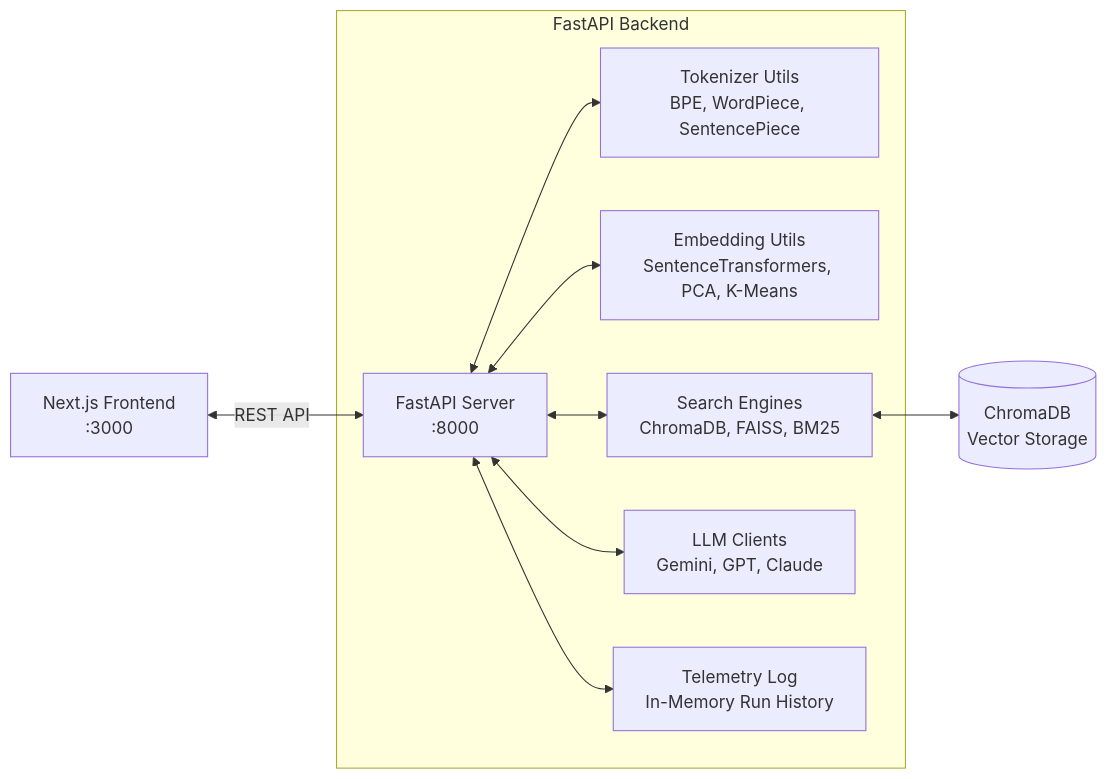
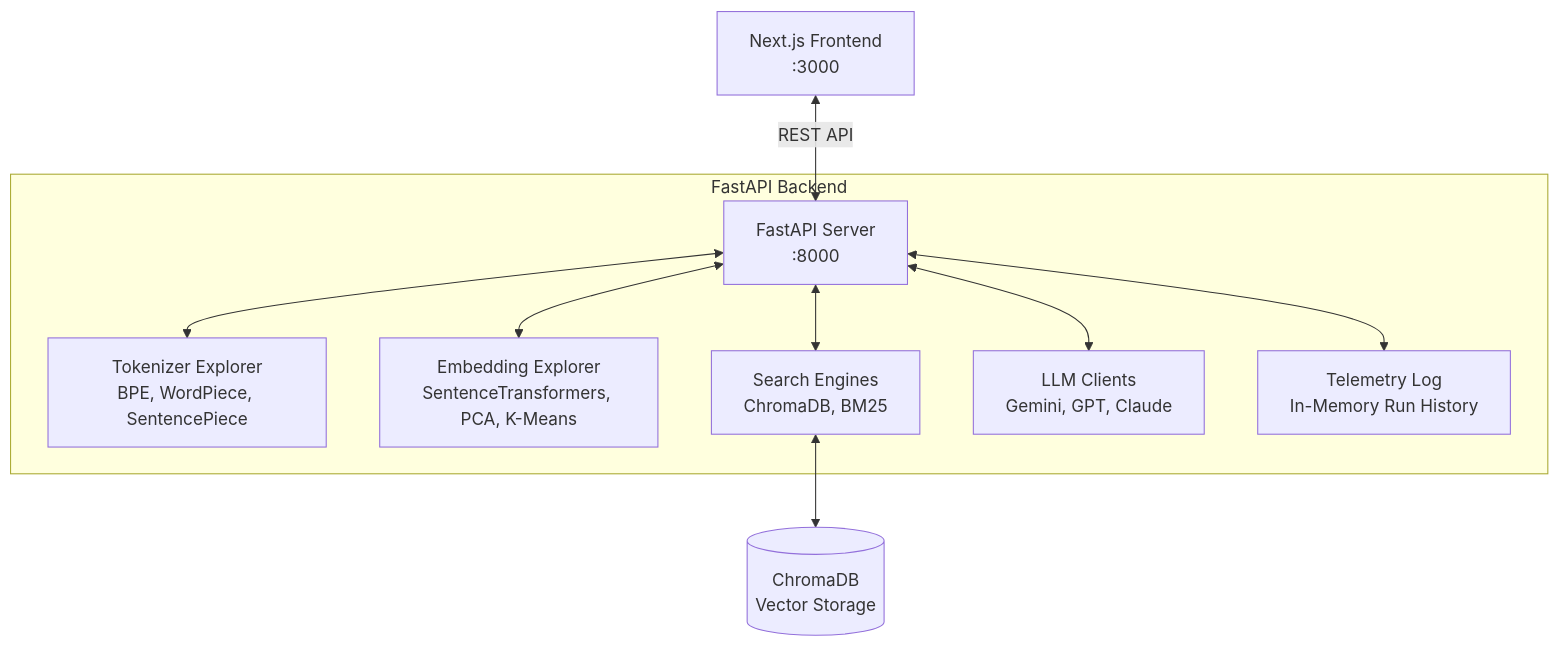
One commit to Aryan140314/LLM-Playground-Studio changed the diagram in README.md. Above: the diagram before and after it, drawn with Mermaid. The commit also changed other lines of this file and 20 other files, not shown here.

````diff
--- a/README.md
+++ b/README.md
@@ -9,14 +15,14 @@
 ```mermaid
-graph LR
+graph TD
     NextJS[Next.js Frontend\n:3000] <-->|REST API| FastAPI[FastAPI Server\n:8000]
     
     subgraph FastAPI Backend
-        FastAPI <--> Tokenizer[Tokenizer Utils\nBPE, WordPiece, SentencePiece]
-        FastAPI <--> Embeddings[Embedding Utils\nSentenceTransformers, PCA, K-Means]
-        FastAPI <--> SearchEngines[Search Engines\nChromaDB, FAISS, BM25]
+        FastAPI <--> Tokenizer[Tokenizer Explorer\nBPE, WordPiece, SentencePiece]
+        FastAPI <--> Embeddings[Embedding Explorer\nSentenceTransformers, PCA, K-Means]
+        FastAPI <--> SearchEngines[Search Engines\nChromaDB, BM25]
         FastAPI <--> Clients[LLM Clients\nGemini, GPT, Claude]
         FastAPI <--> Telemetry[Telemetry Log\nIn-Memory Run History]
     end
     
     SearchEngines <--> Chroma[(ChromaDB\nVector Storage)]
 ```
````
